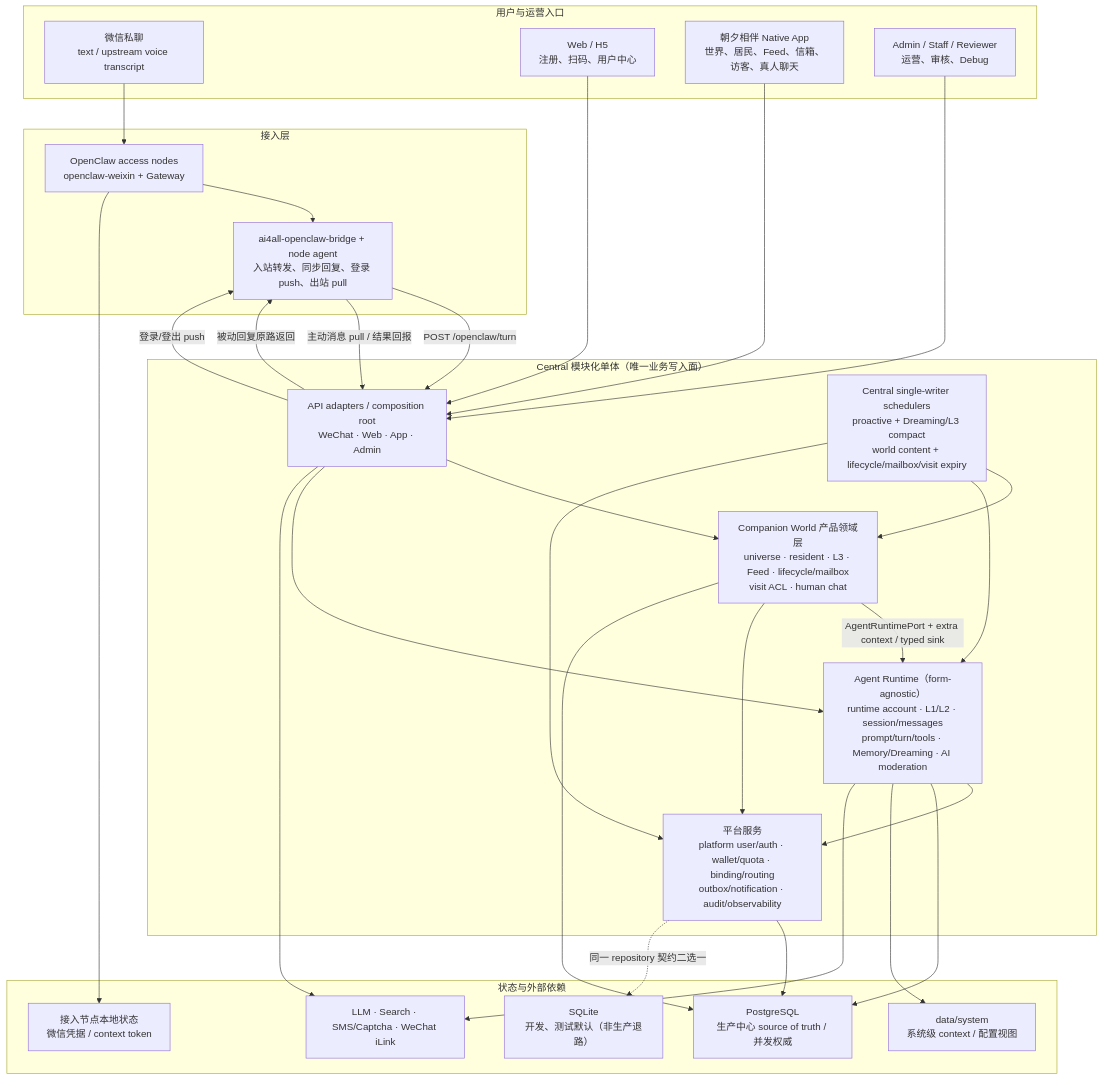
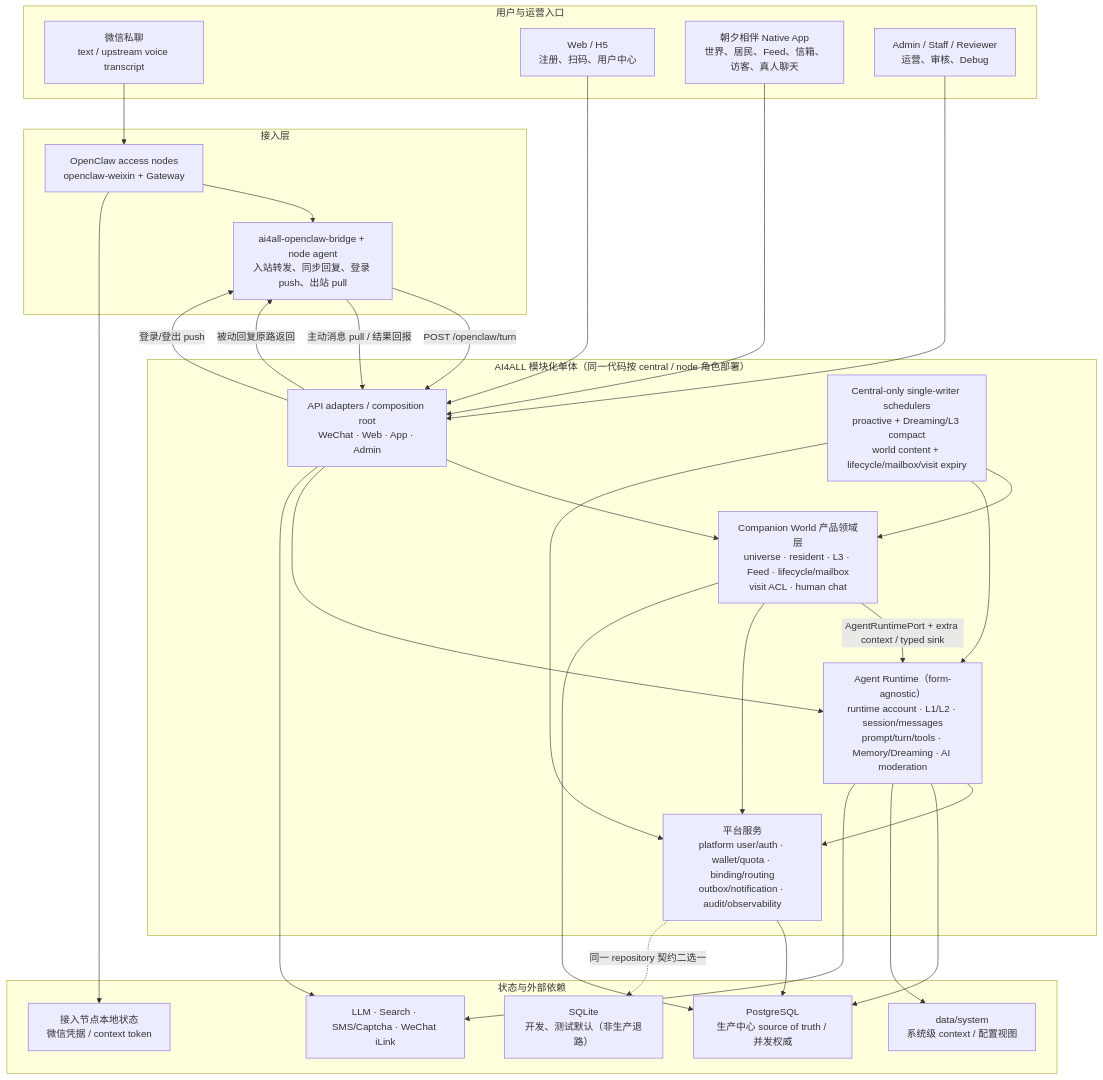
Before and after one commit to zhuoranwu15-create/ai4all_bridge: the diagram in docs/architecture/overview.md, drawn with Mermaid. The commit also changed other lines of this file and 78 other files, not shown here.

````diff
--- a/docs/architecture/overview.md
+++ b/docs/architecture/overview.md
@@ -31,57 +31,57 @@
 ```mermaid
 flowchart TB
     subgraph clients["用户与运营入口"]
         wx["微信私聊<br/>text / upstream voice transcript"]
         web["Web / H5<br/>注册、扫码、用户中心"]
         native["朝夕相伴 Native App<br/>世界、居民、Feed、信箱、访客、真人聊天"]
         ops["Admin / Staff / Reviewer<br/>运营、审核、Debug"]
     end
 
     subgraph access["接入层"]
         openclaw["OpenClaw access nodes<br/>openclaw-weixin + Gateway"]
         bridge["ai4all-openclaw-bridge + node agent<br/>入站转发、同步回复、登录 push、出站 pull"]
     end
 
-    subgraph central["Central 模块化单体（唯一业务写入面）"]
+    subgraph central["AI4ALL 模块化单体（同一代码按 central / node 角色部署）"]
         api["API adapters / composition root<br/>WeChat · Web · App · Admin"]
         world["Companion World 产品领域层<br/>universe · resident · L3 · Feed · lifecycle/mailbox<br/>visit ACL · human chat"]
         runtime["Agent Runtime（form-agnostic）<br/>runtime account · L1/L2 · session/messages<br/>prompt/turn/tools · Memory/Dreaming · AI moderation"]
         platform["平台服务<br/>platform user/auth · wallet/quota · binding/routing<br/>outbox/notification · audit/observability"]
-        schedulers["Central single-writer schedulers<br/>proactive + Dreaming/L3 compact<br/>world content + lifecycle/mailbox/visit expiry"]
+        schedulers["Central-only single-writer schedulers<br/>proactive + Dreaming/L3 compact<br/>world content + lifecycle/mailbox/visit expiry"]
 
         api --> world
         api --> runtime
         world -->|"AgentRuntimePort + extra context / typed sink"| runtime
         world --> platform
         runtime --> platform
         schedulers --> world
         schedulers --> runtime
         schedulers --> platform
     end
 
     subgraph state["状态与外部依赖"]
         pg["PostgreSQL<br/>生产中心 source of truth / 并发权威"]
         sqlite["SQLite<br/>开发、测试默认（非生产退路）"]
         systemFiles["data/system<br/>系统级 context / 配置视图"]
         channelState["接入节点本地状态<br/>微信凭据 / context token"]
         providers["LLM · Search · SMS/Captcha · WeChat iLink"]
     end
 
     wx --> openclaw --> bridge
     bridge -->|"POST /openclaw/turn"| api
     api -->|"被动回复原路返回"| bridge
     web --> api
     native --> api
     ops --> api
     api -->|"登录/登出 push"| bridge
     bridge -->|"主动消息 pull / 结果回报"| api
 
     platform --> pg
     world --> pg
     runtime --> pg
     platform -.->|"同一 repository 契约二选一"| sqlite
     runtime --> systemFiles
     openclaw --> channelState
     api --> providers
     runtime --> providers
 ```
````
